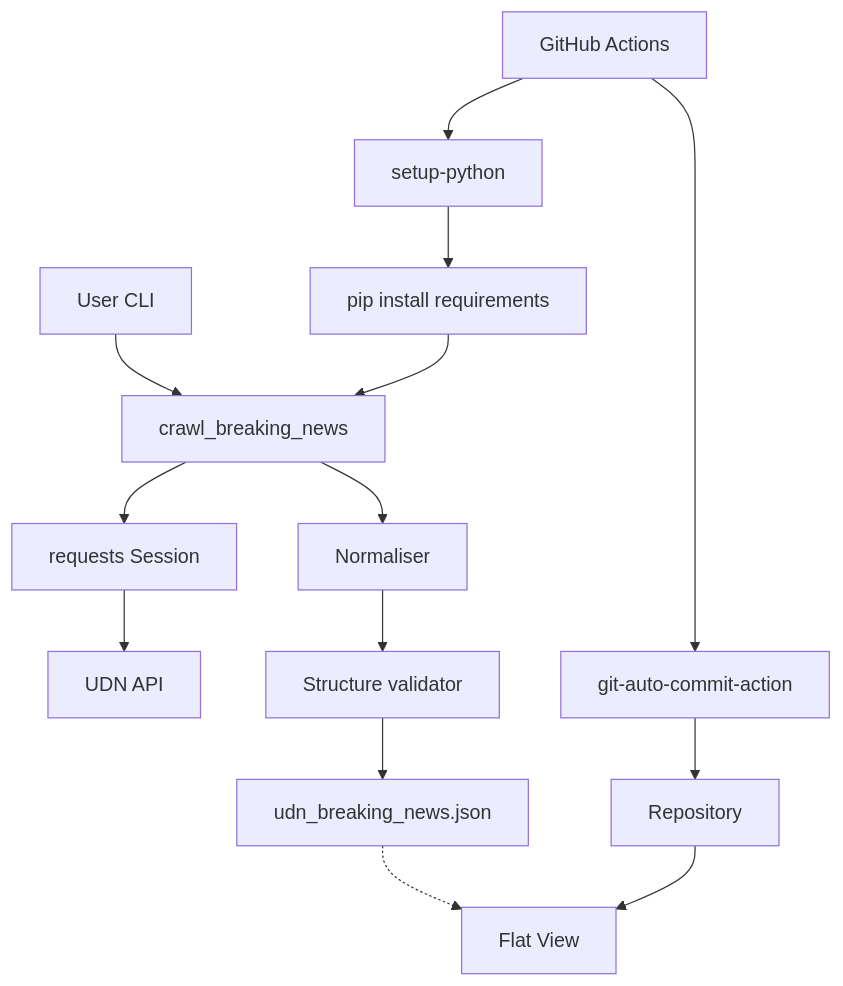
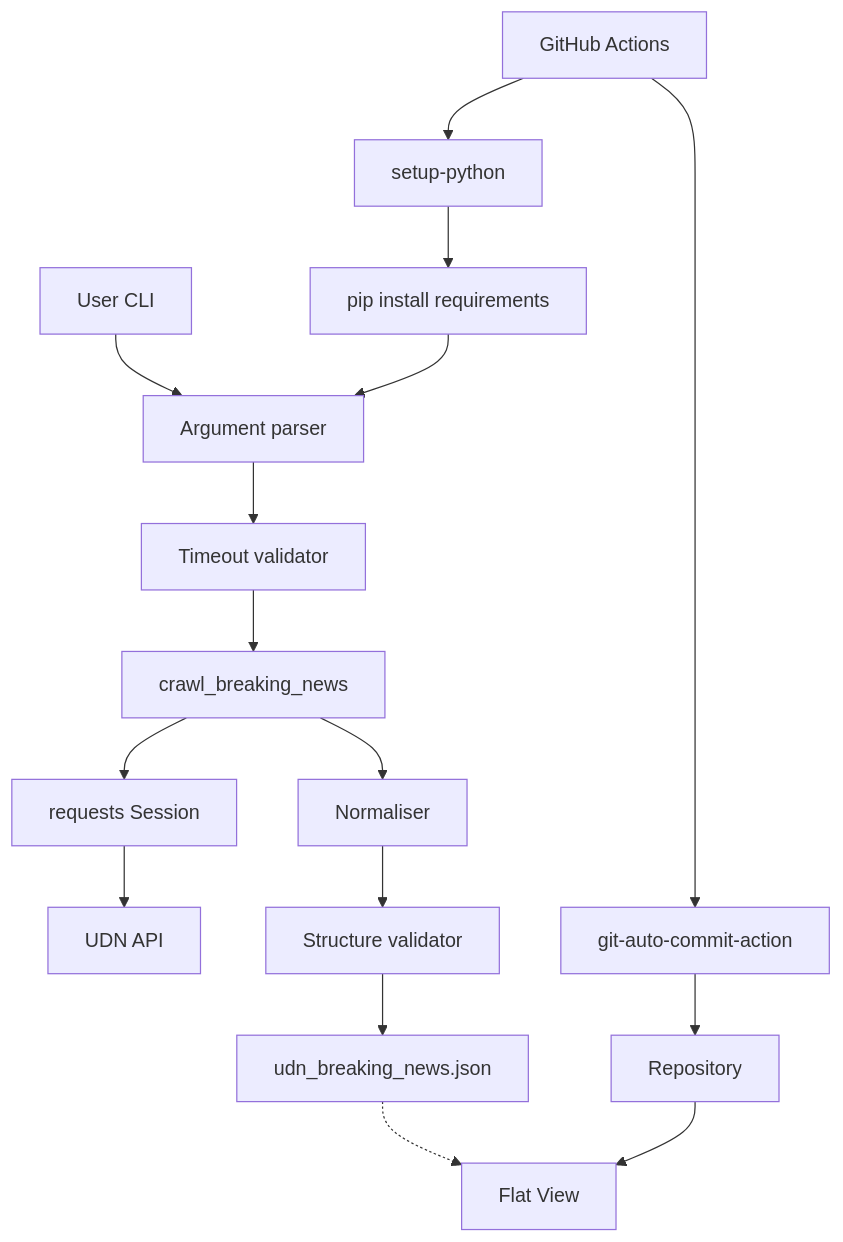
The fourth of 6 diagrams in README.md (muyueh/test-scarp), drawn with Mermaid before and after one commit. The commit also changed other lines of this file and 1 other file, not shown here.

Commit message:
feat: allow configuring request timeout

````diff
--- a/README.md
+++ b/README.md
@@ -60,16 +71,18 @@
 ```mermaid
 graph TD
-    User[User CLI] --> Crawler[crawl_breaking_news]
+    User[User CLI] --> Parser[Argument parser]
+    Parser --> Timeout[Timeout validator]
+    Timeout --> Crawler[crawl_breaking_news]
     Crawler --> Requests[requests Session]
     Requests --> API[UDN API]
     Crawler --> Normaliser[Normaliser]
     Normaliser --> Validator[Structure validator]
     Validator --> Output[udn_breaking_news.json]
     Actions[GitHub Actions] --> Setup[setup-python]
     Setup --> Installer[pip install requirements]
-    Installer --> Crawler
+    Installer --> Parser
     Actions --> AutoCommit[git-auto-commit-action]
     AutoCommit --> Repo[Repository]
     Repo --> Flat[Flat View]
     Output -.-> Flat
 ```
````
